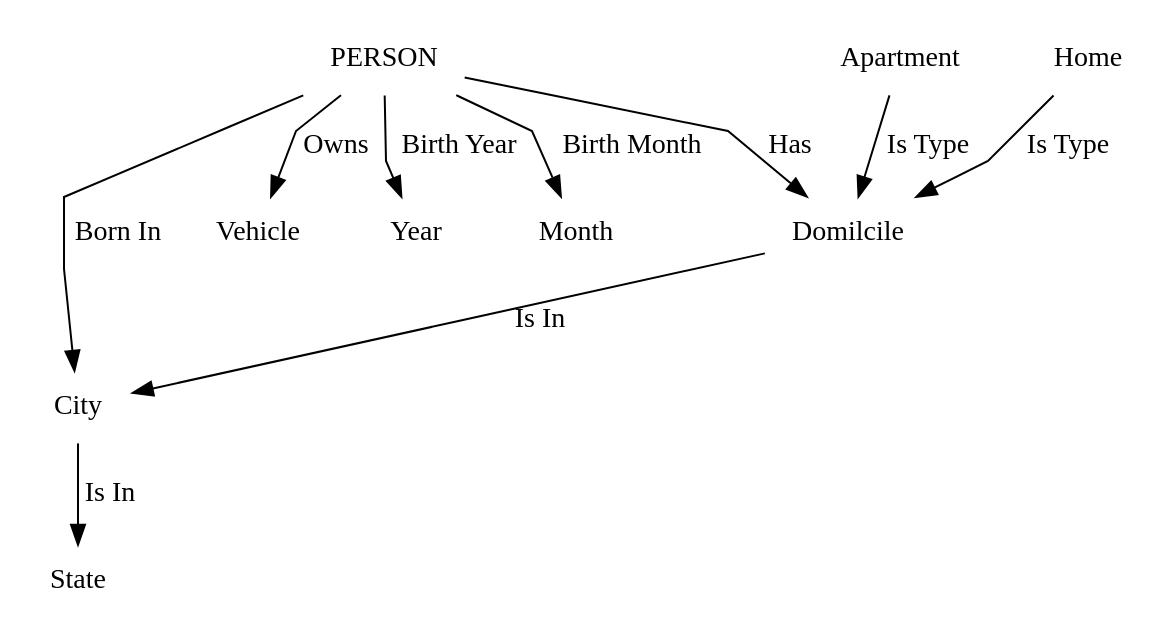
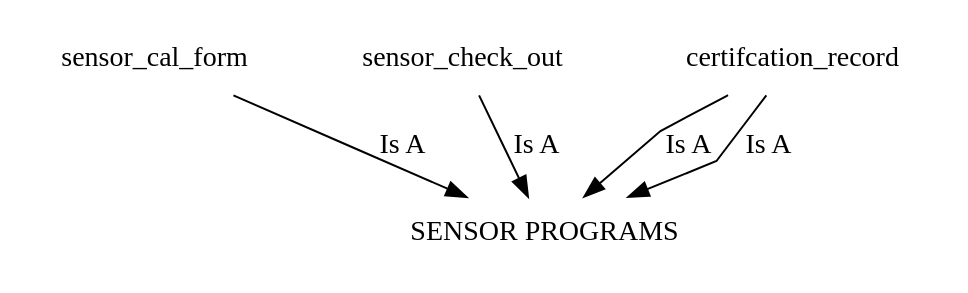
One commit to DJimmie/graph-theory-applications changed the diagram in basics/test-output/round-table.gv. Above: the diagram before and after it, drawn with Graphviz. The commit also changed 4 other files, not shown here.

```diff
--- a/basics/test-output/round-table.gv
+++ b/basics/test-output/round-table.gv
@@ -1,15 +1,10 @@
 // The Round Table
 digraph {
 	graph [landscape=False rankdir=TB size="20,16" splines=polyline]
 	node [color=white style=filled]
 	node [shape=plaintext]
-	PERSON -> City [label="Born In"]
-	PERSON -> Domilcile [label=Has]
-	PERSON -> Vehicle [label=Owns]
-	PERSON -> Year [label="Birth Year"]
-	PERSON -> Month [label="Birth Month"]
-	City -> State [label="Is In"]
-	Domilcile -> City [label="Is In"]
-	Apartment -> Domilcile [label="Is Type"]
-	Home -> Domilcile [label="Is Type"]
+	sensor_cal_form -> "SENSOR PROGRAMS" [label="Is A"]
+	sensor_check_out -> "SENSOR PROGRAMS" [label="Is A"]
+	certifcation_record -> "SENSOR PROGRAMS" [label="Is A"]
+	certifcation_record -> "SENSOR PROGRAMS" [label="Is A"]
 }
```
